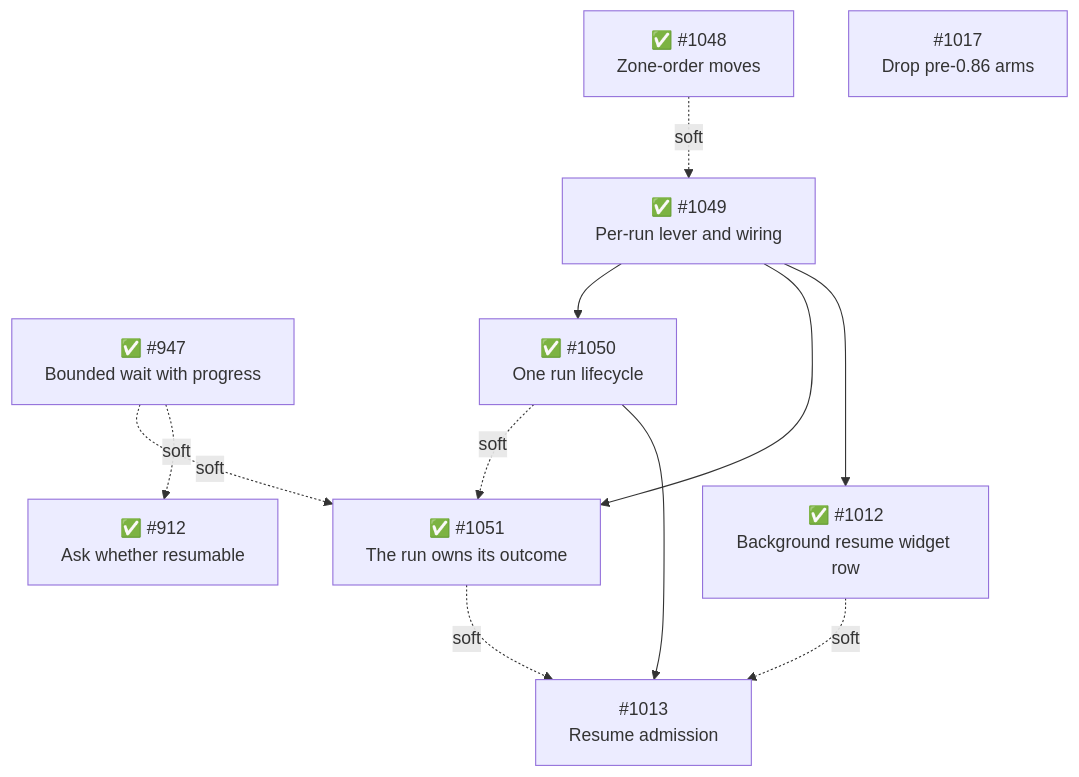
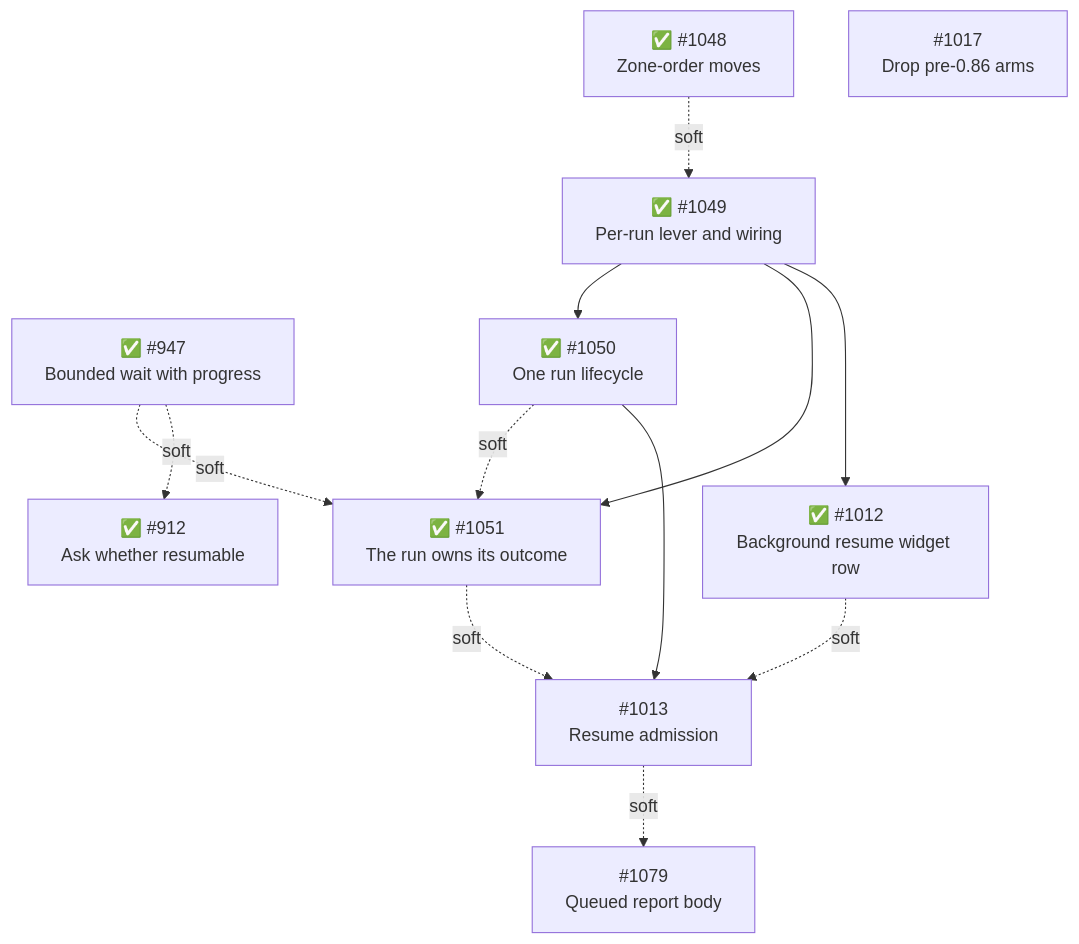
Before and after one commit to ttdua/pi-subagents: the sixth of 6 diagrams in docs/architecture/architecture.md, drawn with Mermaid. The commit also changed other lines of this file, not shown here.

````diff
--- a/docs/architecture/architecture.md
+++ b/docs/architecture/architecture.md
@@ -1157,14 +1173,15 @@
 ```mermaid
 flowchart TD
     S947["✅ #947<br/>Bounded wait with progress"] -.soft.-> S1051["✅ #1051<br/>The run owns its outcome"]
     S947 -.soft.-> S912["✅ #912<br/>Ask whether resumable"]
     S1048["✅ #1048<br/>Zone-order moves"] -.soft.-> S1049["✅ #1049<br/>Per-run lever and wiring"]
     S1049 --> S1050["✅ #1050<br/>One run lifecycle"]
     S1049 --> S1051
     S1049 --> S1012["✅ #1012<br/>Background resume widget row"]
     S1050 -.soft.-> S1051
     S1050 --> S1013["#1013<br/>Resume admission"]
     S1051 -.soft.-> S1013
     S1012 -.soft.-> S1013
+    S1013 -.soft.-> S1079["#1079<br/>Queued report body"]
     S1017["#1017<br/>Drop pre-0.86 arms"]
 ```
````
